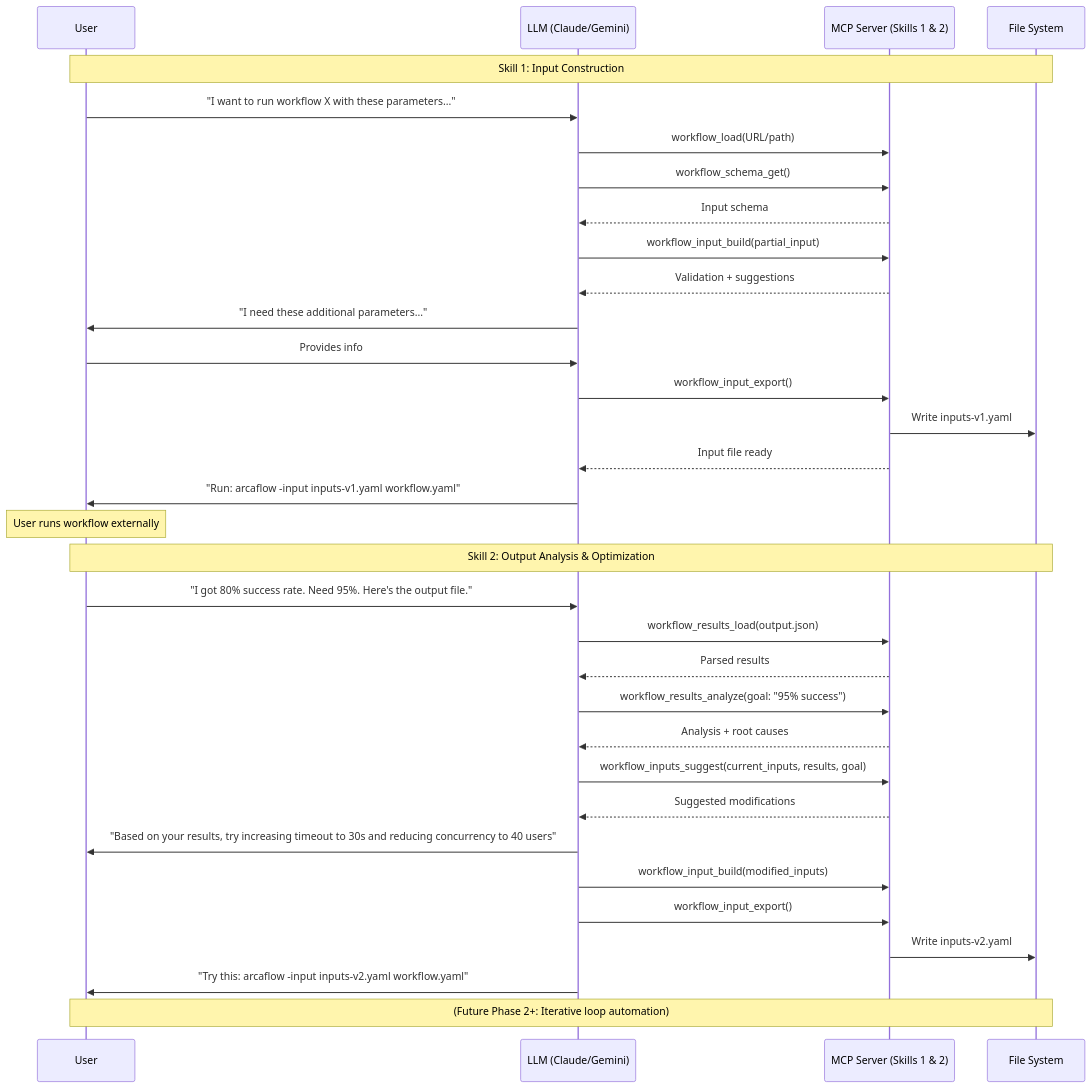
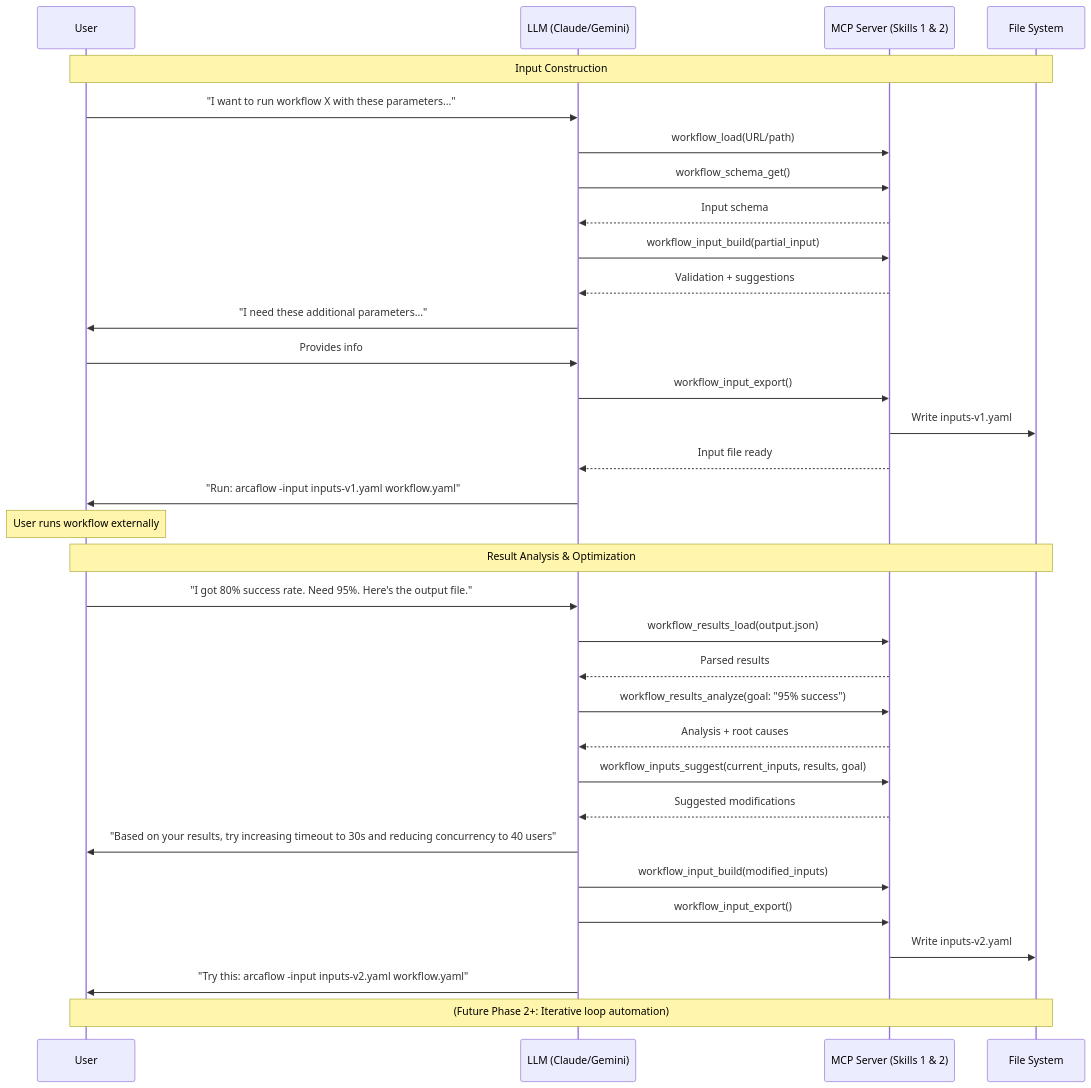
Before and after one commit to arcalot/arcaflow-mcp: the second of 2 diagrams in DEVELOPMENT_PLAN.md, drawn with Mermaid. The commit also changed other lines of this file and 56 other files, not shown here.

````diff
--- a/DEVELOPMENT_PLAN.md
+++ b/DEVELOPMENT_PLAN.md
@@ -831,46 +837,46 @@
 ```mermaid
 sequenceDiagram
     participant User as User
     participant LLM as LLM (Claude/Gemini)
     participant MCP as MCP Server (Skills 1 & 2)
     participant Files as File System
 
-    Note over User,Files: Skill 1: Input Construction
+    Note over User,Files: Input Construction
     User->>LLM: "I want to run workflow X with these parameters..."
     LLM->>MCP: workflow_load(URL/path)
     LLM->>MCP: workflow_schema_get()
     MCP-->>LLM: Input schema
     
     LLM->>MCP: workflow_input_build(partial_input)
     MCP-->>LLM: Validation + suggestions
     
     LLM->>User: "I need these additional parameters..."
     User->>LLM: Provides info
     
     LLM->>MCP: workflow_input_export()
     MCP->>Files: Write inputs-v1.yaml
     MCP-->>LLM: Input file ready
     LLM->>User: "Run: arcaflow -input inputs-v1.yaml workflow.yaml"
     
     Note over User: User runs workflow externally
     
-    Note over User,Files: Skill 2: Output Analysis & Optimization
+    Note over User,Files: Result Analysis & Optimization
     User->>LLM: "I got 80% success rate. Need 95%. Here's the output file."
     LLM->>MCP: workflow_results_load(output.json)
     MCP-->>LLM: Parsed results
     
     LLM->>MCP: workflow_results_analyze(goal: "95% success")
     MCP-->>LLM: Analysis + root causes
     
     LLM->>MCP: workflow_inputs_suggest(current_inputs, results, goal)
     MCP-->>LLM: Suggested modifications
     
     LLM->>User: "Based on your results, try increasing timeout to 30s and reducing concurrency to 40 users"
     
     LLM->>MCP: workflow_input_build(modified_inputs)
     LLM->>MCP: workflow_input_export()
     MCP->>Files: Write inputs-v2.yaml
     LLM->>User: "Try this: arcaflow -input inputs-v2.yaml workflow.yaml"
     
     Note over User,Files: (Future Phase 2+: Iterative loop automation)
 ```
````
